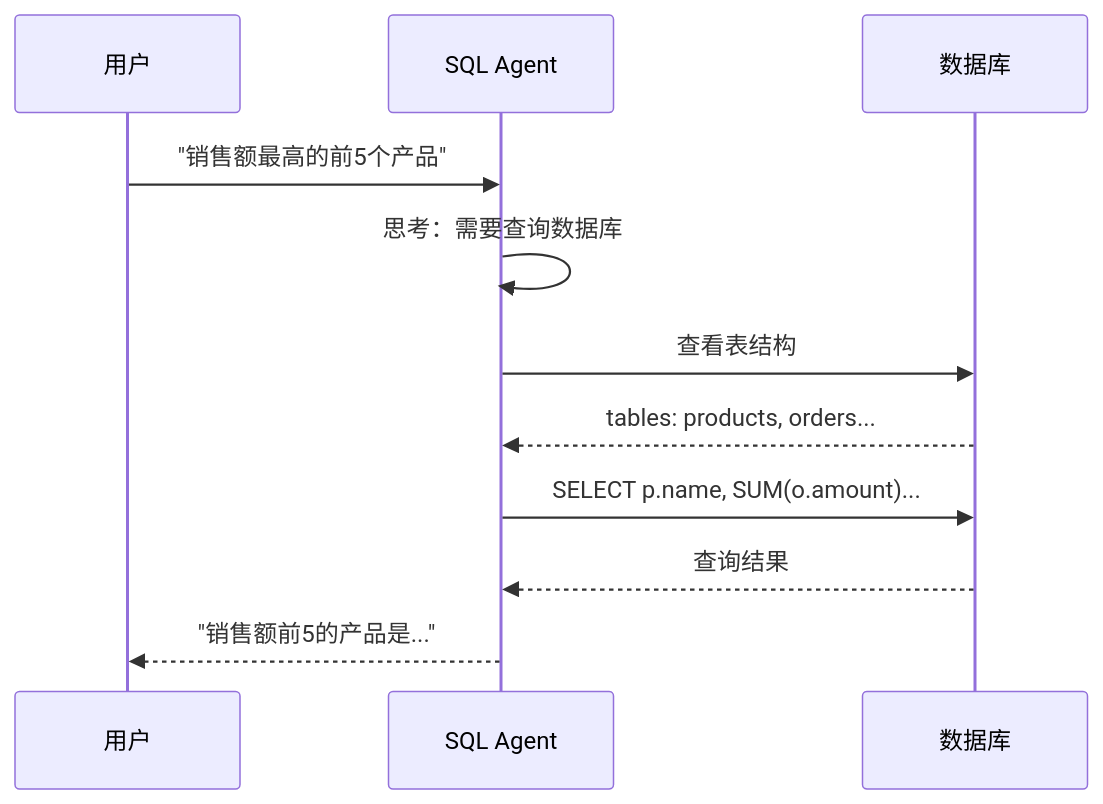
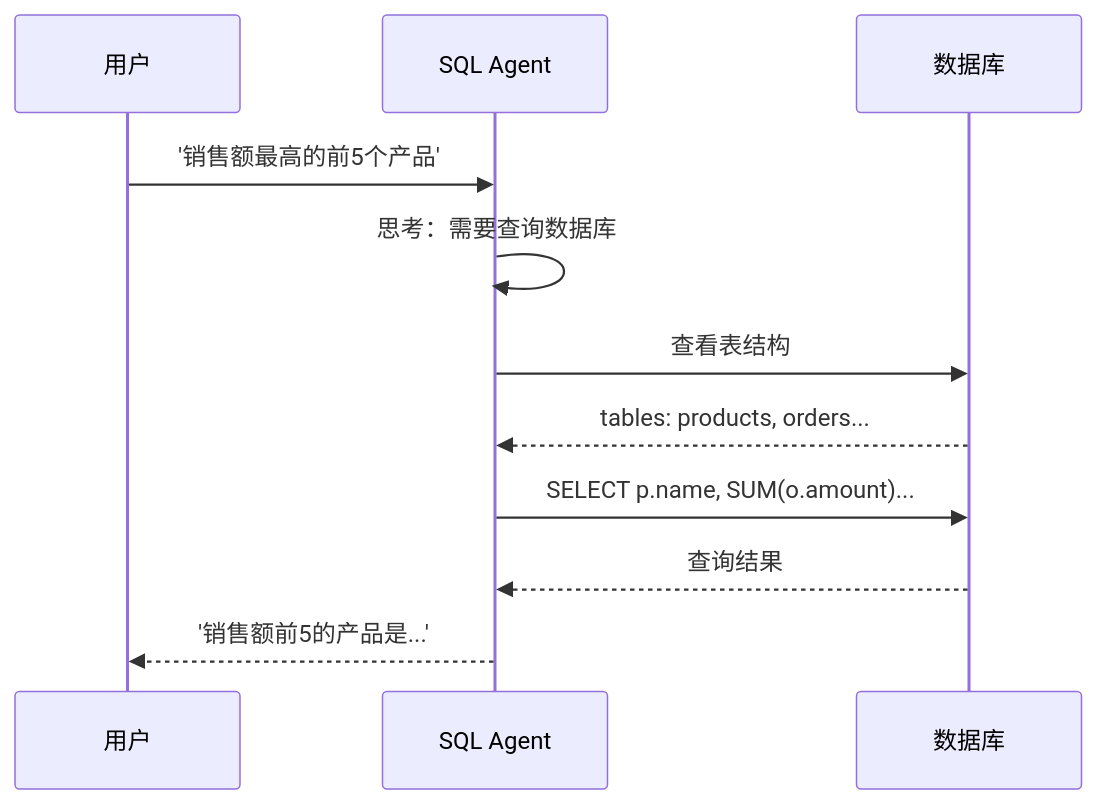
The third of 4 diagrams in learn/13-tools-agents.md (Cleam/langchain), drawn with Mermaid before and after one commit. The commit also changed other lines of this file and 7 other files, not shown here.

First line of the commit message:
docs(learn): fix mermaid diagram syntax errors across all tutorial chapters

````diff
--- a/learn/13-tools-agents.md
+++ b/learn/13-tools-agents.md
@@ -306,14 +306,14 @@
 ```mermaid
 sequenceDiagram
     participant U as 用户
     participant A as SQL Agent
     participant DB as 数据库
 
-    U->>A: "销售额最高的前5个产品"
+    U->>A: '销售额最高的前5个产品'
     A->>A: 思考：需要查询数据库
     A->>DB: 查看表结构
     DB-->>A: tables: products, orders...
     A->>DB: SELECT p.name, SUM(o.amount)...
     DB-->>A: 查询结果
-    A-->>U: "销售额前5的产品是..."
+    A-->>U: '销售额前5的产品是...'
 ```
````
